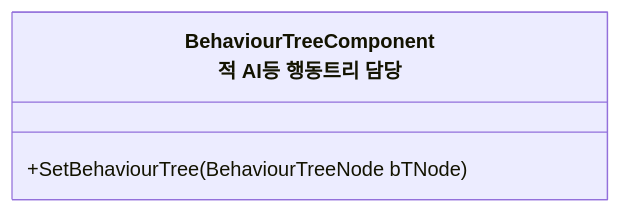
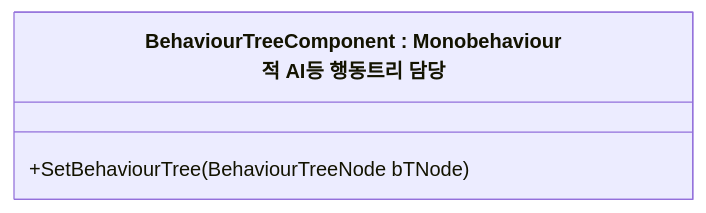
One commit to JIN5EOK/DungeonShooter changed the fourth of 6 diagrams in README/Entity_설계.md. Above: the diagram before and after it, drawn with Mermaid. The commit also changed other lines of this file and 10 other files, not shown here.

````diff
--- a/README/Entity_설계.md
+++ b/README/Entity_설계.md
@@ -58,6 +58,6 @@
 ```mermaid
 classDiagram
-    class BehaviourTreeComponent["BehaviourTreeComponent<br>적 AI등 행동트리 담당"]{
+    class BehaviourTreeComponent["BehaviourTreeComponent : Monobehaviour<br>적 AI등 행동트리 담당"]{
         +SetBehaviourTree(BehaviourTreeNode bTNode) 
     }
 ```
````
